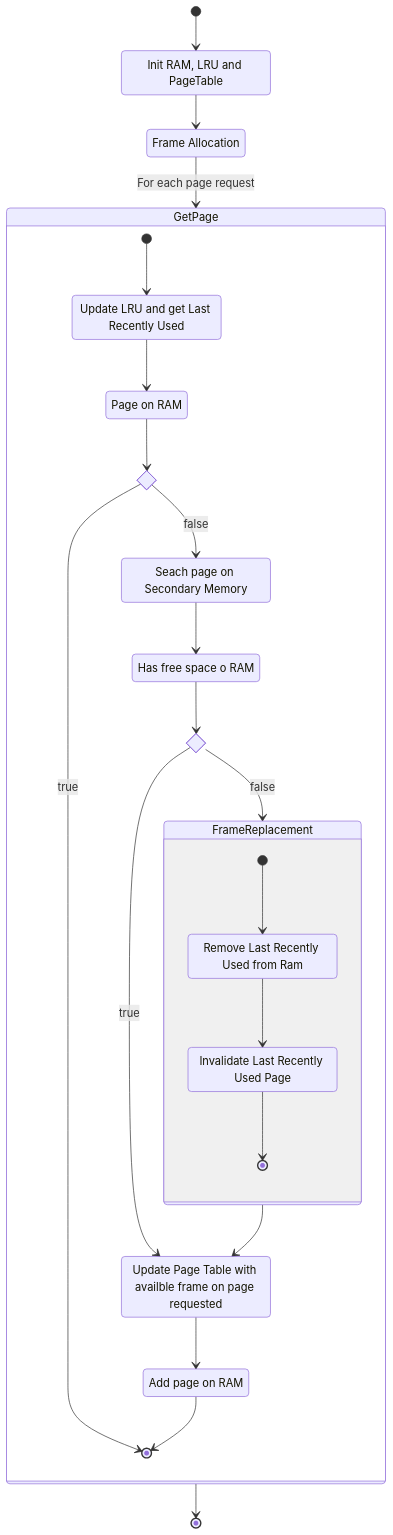
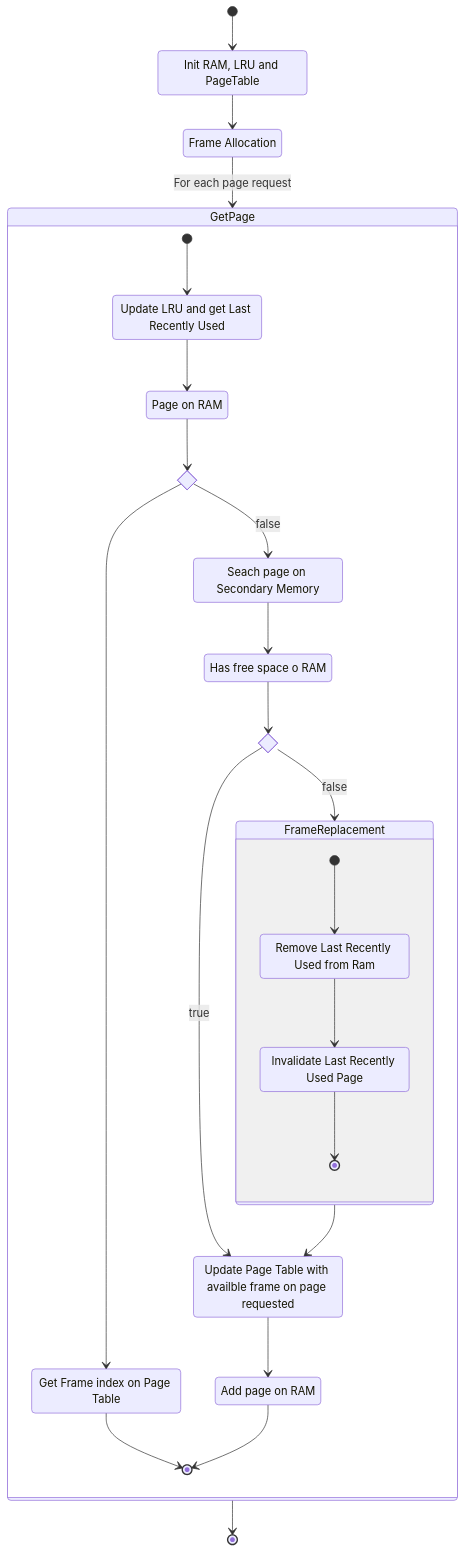
One commit to Lucasgm22/MyVirtualMemoryManager changed the ninth of 9 diagrams in README.md. Above: the diagram before and after it, drawn with Mermaid.

````diff
--- a/README.md
+++ b/README.md
@@ -167,40 +167,42 @@
 ```mermaid
 stateDiagram-v2
     irlp: Init RAM, LRU and PageTable
     fa: Frame Allocation
     pon: Page on RAM
     ulrgtlru: Update LRU and get Last Recently Used
     sposm: Seach page on Secondary Memory
     hfsor: Has free space o RAM
     rlrufr: Remove Last Recently Used from Ram
     ilrup: Invalidate Last Recently Used Page
     afor: Add page on RAM
     upt: Update Page Table with availble frame on page requested
+    gfopt: Get Frame index on Page Table
     state if_state <<choice>>
     state if_state2 <<choice>>
     [*] --> irlp
     irlp --> fa
     fa --> GetPage: For each page request
     state GetPage {
         [*] --> ulrgtlru
         ulrgtlru --> pon
         pon --> if_state
-        if_state --> [*]: true
+        if_state --> gfopt
+        gfopt --> [*]
         if_state --> sposm: false
         sposm --> hfsor
         hfsor --> if_state2
         if_state2 --> upt: true
         afor --> [*]
         if_state2 --> FrameReplacement: false
         state FrameReplacement {
             [*] --> rlrufr
             rlrufr --> ilrup
             ilrup --> [*]
         }
         FrameReplacement --> upt
         upt --> afor
 
     }
 
     GetPage --> [*]
 ```
````
